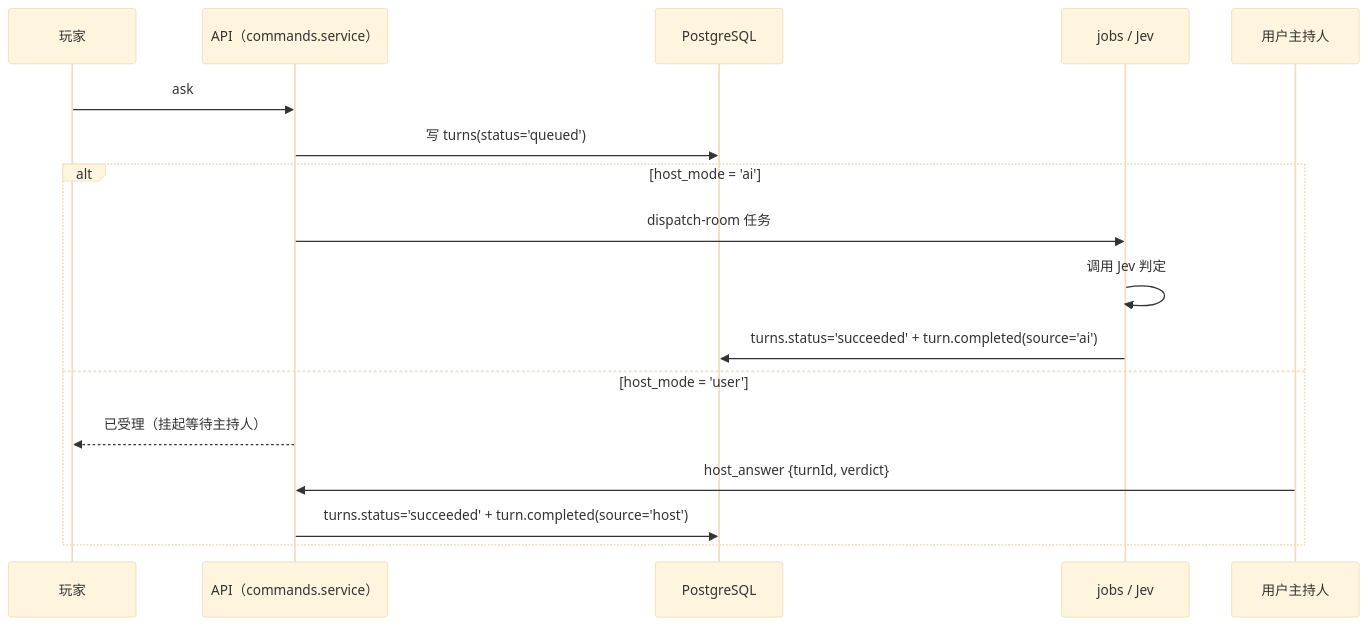
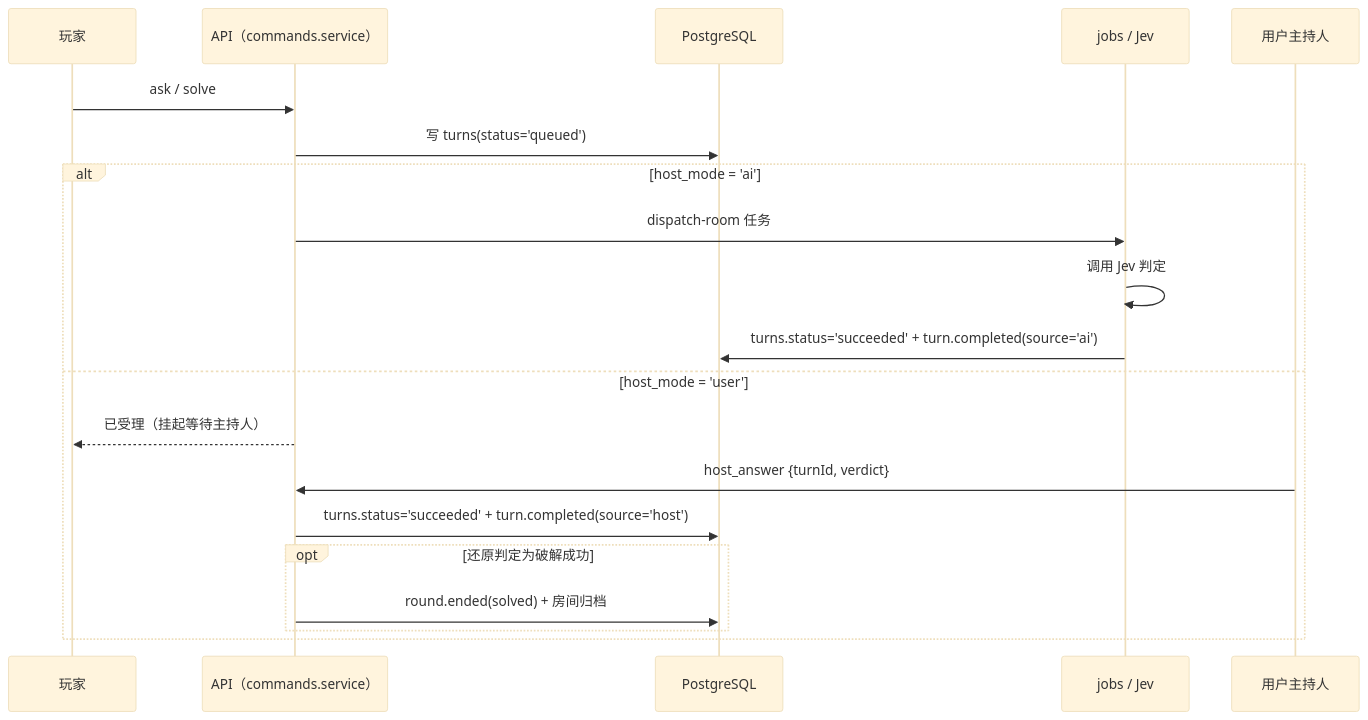
Before and after one commit to ZeroTang05/Situation-Puzzle: the second of 2 diagrams in docs/rebuild/17-USER-HOST-MODE.md, drawn with Mermaid (base theme). The commit also changed other lines of this file and 56 other files, not shown here.

````diff
--- a/docs/rebuild/17-USER-HOST-MODE.md
+++ b/docs/rebuild/17-USER-HOST-MODE.md
@@ -165,20 +172,23 @@
 ```mermaid
 sequenceDiagram
     participant P as 玩家
     participant API as API（commands.service）
     participant DB as PostgreSQL
     participant J as jobs / Jev
     participant H as 用户主持人
 
-    P->>API: ask
+    P->>API: ask / solve
     API->>DB: 写 turns(status='queued')
     alt host_mode = 'ai'
         API->>J: dispatch-room 任务
         J->>J: 调用 Jev 判定
         J->>DB: turns.status='succeeded' + turn.completed(source='ai')
     else host_mode = 'user'
         API-->>P: 已受理（挂起等待主持人）
         H->>API: host_answer {turnId, verdict}
         API->>DB: turns.status='succeeded' + turn.completed(source='host')
+        opt 还原判定为破解成功
+            API->>DB: round.ended(solved) + 房间归档
+        end
     end
 ```
````
